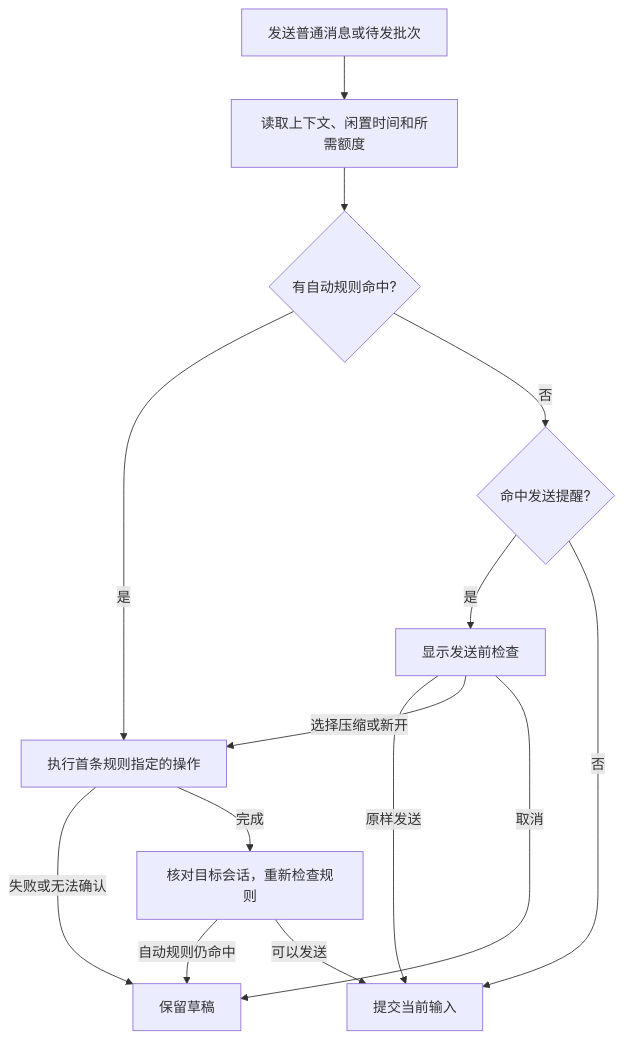
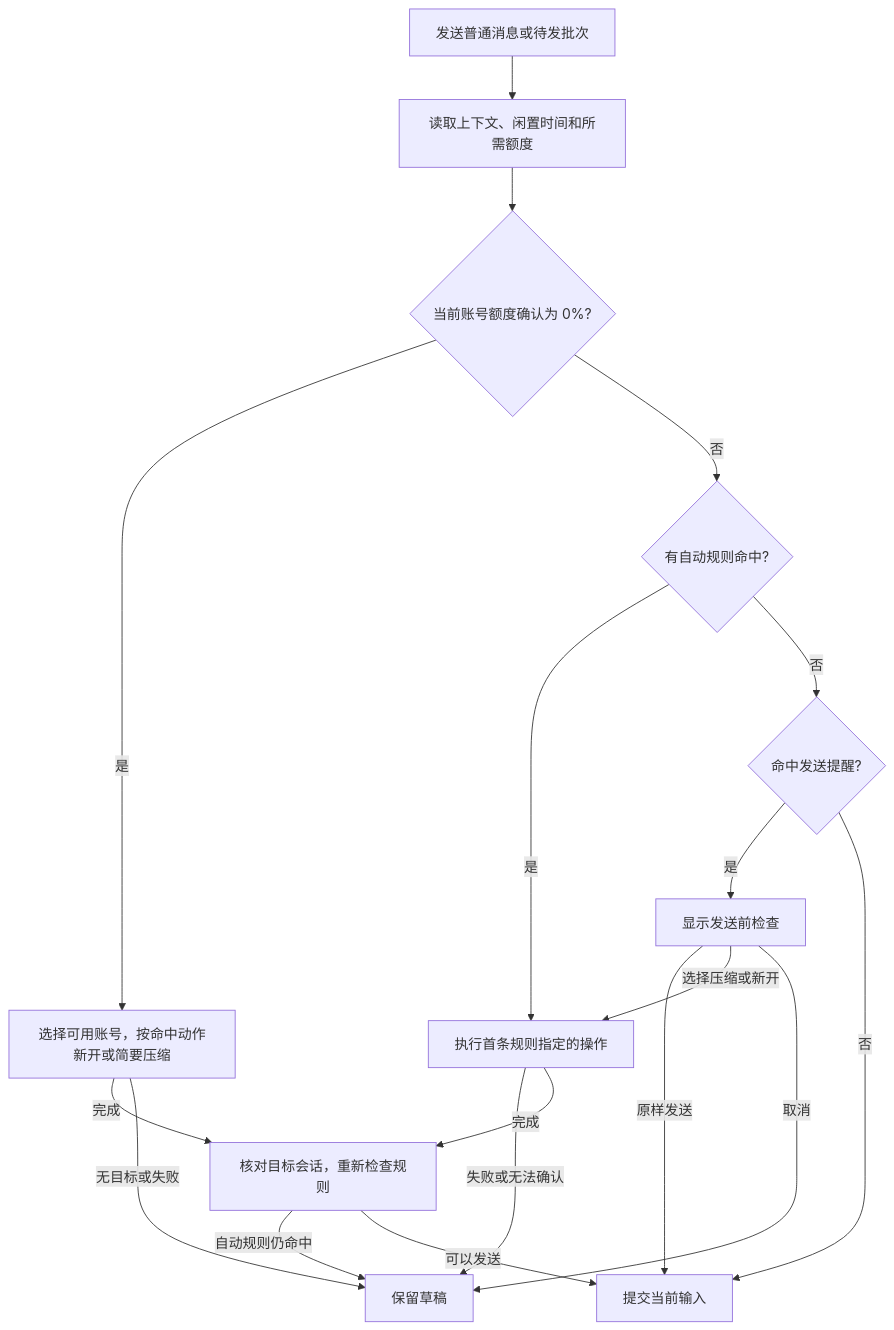
The diagram in docs/conversation-send-guard.md (Poeagle/agentManager), drawn with Mermaid before and after one commit. The commit also changed other lines of this file and 14 other files, not shown here.

````diff
--- a/docs/conversation-send-guard.md
+++ b/docs/conversation-send-guard.md
@@ -35,16 +35,20 @@
 ```mermaid
 flowchart TD
     A[发送普通消息或待发批次] --> B[读取上下文、闲置时间和所需额度]
-    B --> C{有自动规则命中?}
+    B --> Q{当前账号额度确认为 0%?}
+    Q -->|是| K[选择可用账号，按命中动作新开或简要压缩]
+    K -->|完成| H
+    K -->|无目标或失败| J
+    Q -->|否| C{有自动规则命中?}
     C -->|是| D[执行首条规则指定的操作]
     C -->|否| E{命中发送提醒?}
     E -->|是| F[显示发送前检查]
     E -->|否| G[提交当前输入]
     F -->|原样发送| G
     F -->|选择压缩或新开| D
     F -->|取消| J[保留草稿]
     D -->|失败或无法确认| J
     D -->|完成| H[核对目标会话，重新检查规则]
     H -->|自动规则仍命中| J
     H -->|可以发送| G
 ```
````
